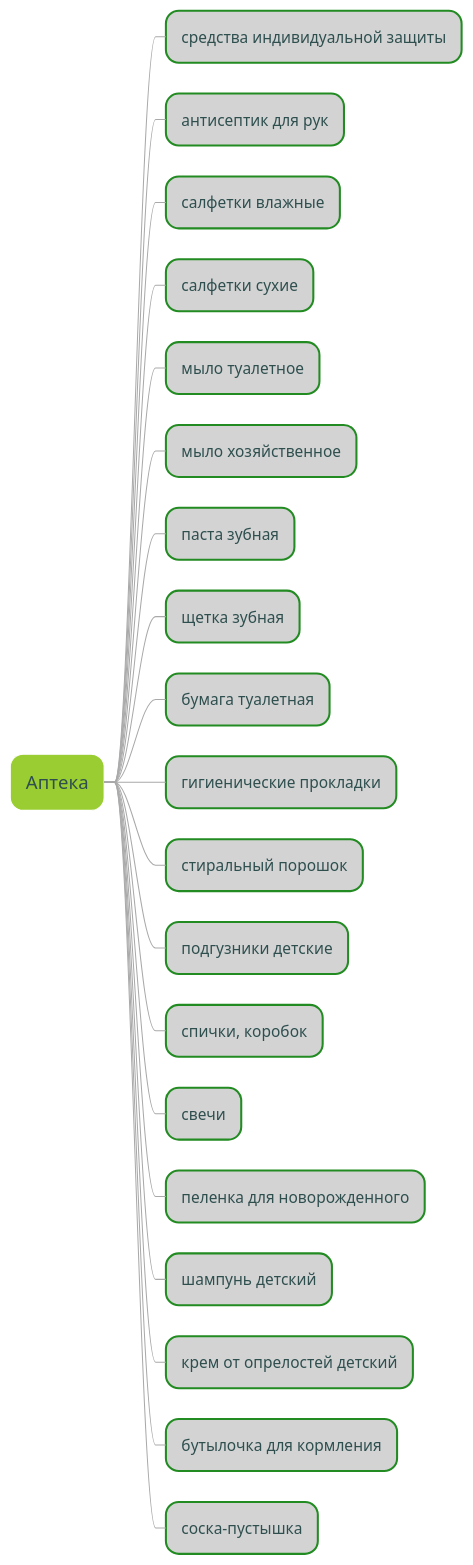
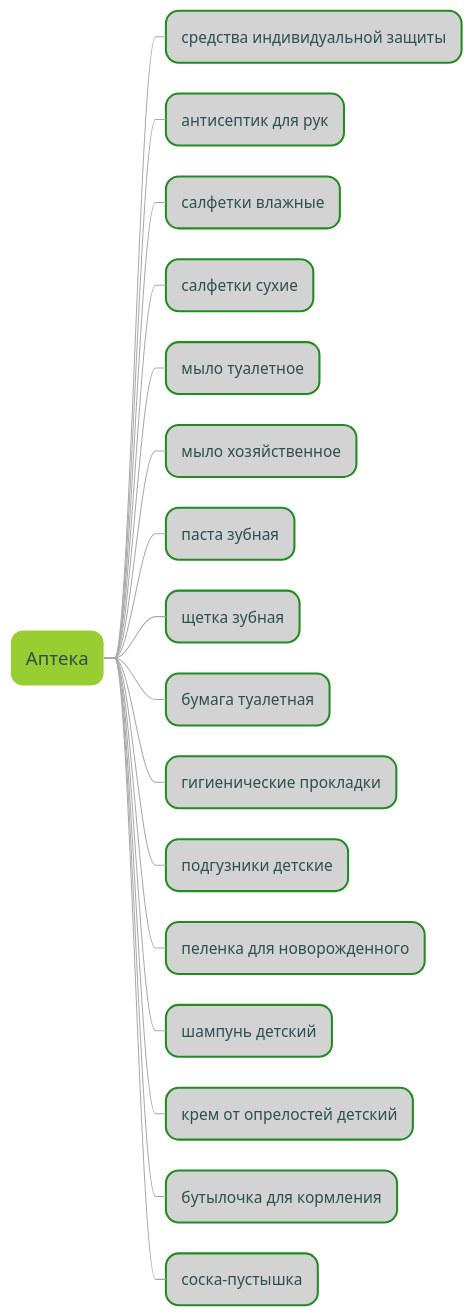
The second of 3 diagrams in Бизнес-логика/Основная логика.md (IvanFetisov/FinAnalytics), drawn with PlantUML before and after one commit.

Commit message:
Update Основная логика.md

````diff
--- a/Бизнес-логика/Основная логика.md
+++ b/Бизнес-логика/Основная логика.md
@@ -238,76 +238,73 @@
 ```plantuml
 @startmindmap
 skinparam ArrowColor DarkGrey
 <style>
 mindmapDiagram {
   node {
     Padding 15
     Margin 15
     BackGroundColor YellowGreen
     FontColor DarkSlateGrey
     LineColor White
     LineThickness 1.0
     MaximumWidth 320
   }
   rootNode {
     Padding 15
     Margin 15
     BackGroundColor YellowGreen
     FontColor DarkSlateGrey
     FontSize 18
     LineColor White
     LineThickness 1.0
   }
   leafNode {
     Padding 15
     Margin 15
     BackGroundColor LightGray
     FontColor DarkSlateGrey
     FontSize 15
     LineColor ForestGreen
     LineThickness 2.0
   }
   ' Styles to apply to tasks based on status:
   ' in progress (i)
   .i {
     BackgroundColor SkyBlue
   }
   ' completed (c)
   .c {
     BackgroundColor LightSlateGray
     FontStyle italic
     FontColor DarkGray
   }
   ' urgent (u)
   .u {
     BackgroundColor OrangeRed
     FontStyle bold
   }
   ' delegated (d)
   .d {
     BackgroundColor Gold
   }
 }
 </style>
 * Аптека
 ** средства индивидуальной защиты
 ** антисептик для рук
 ** салфетки влажные
 ** салфетки сухие
 ** мыло туалетное
 ** мыло хозяйственное
 ** паста зубная
 ** щетка зубная
 ** бумага туалетная
 ** гигиенические прокладки
-** стиральный порошок
 ** подгузники детские
-** спички, коробок
-** свечи
 ** пеленка для новорожденного
 ** шампунь детский
 ** крем от опрелостей детский
 ** бутылочка для кормления
 ** соска-пустышка
 @endmindmap
 ```
````
